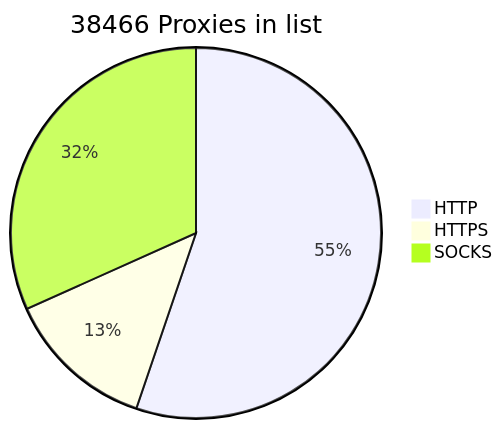
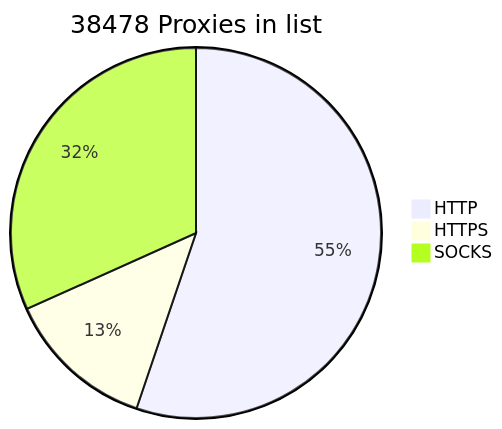
The diagram in README.md (BlackSnowDot/proxylist-update-every-minute), drawn with Mermaid before and after one commit.

````diff
--- a/README.md
+++ b/README.md
@@ -2,6 +2,6 @@
 ```mermaid
-pie title 38466 Proxies in list
+pie title 38478 Proxies in list
     "HTTP" : 23585
-    "HTTPS": 5584
-    "SOCKS" : 13545
+    "HTTPS": 5589
+    "SOCKS" : 13551
 ```
````
